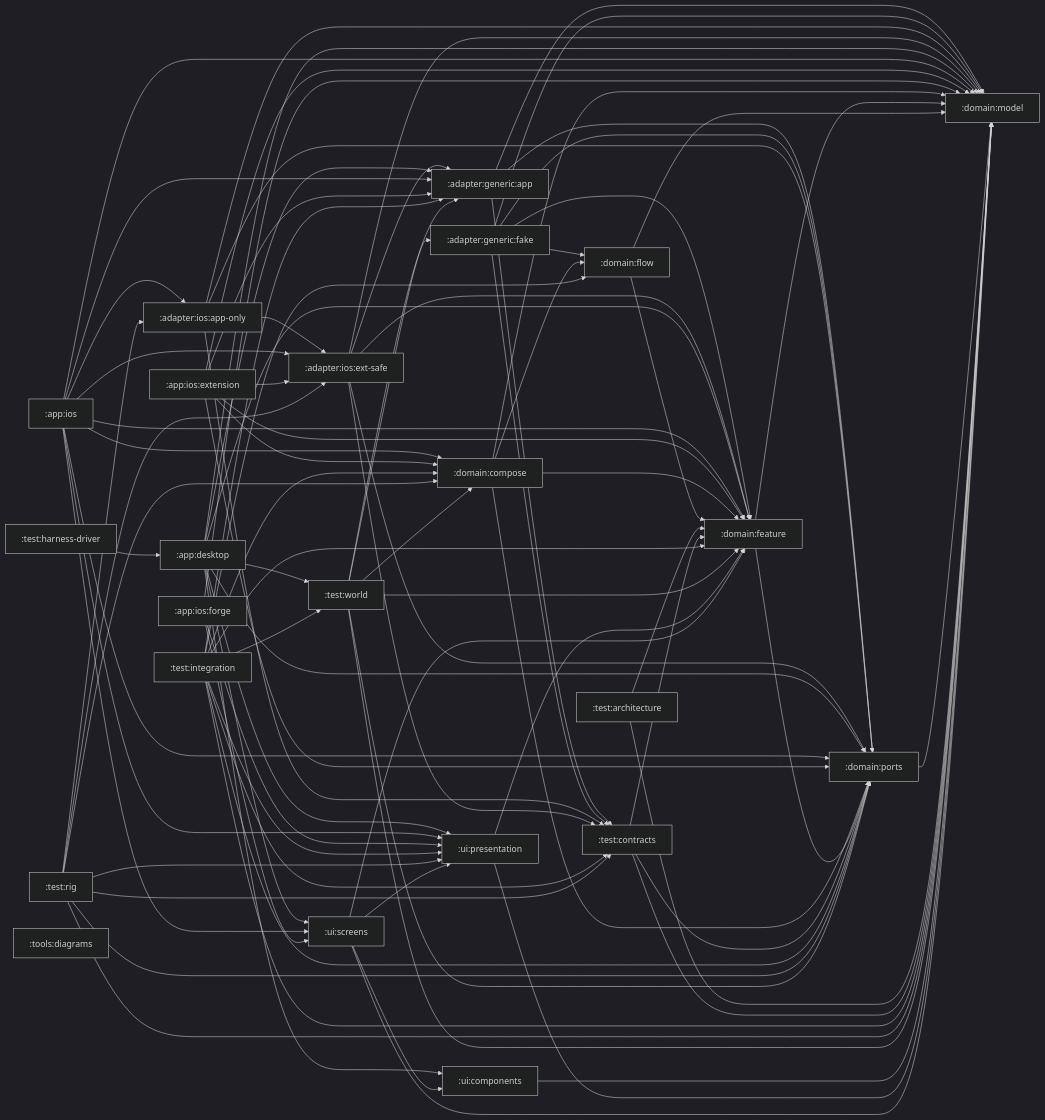
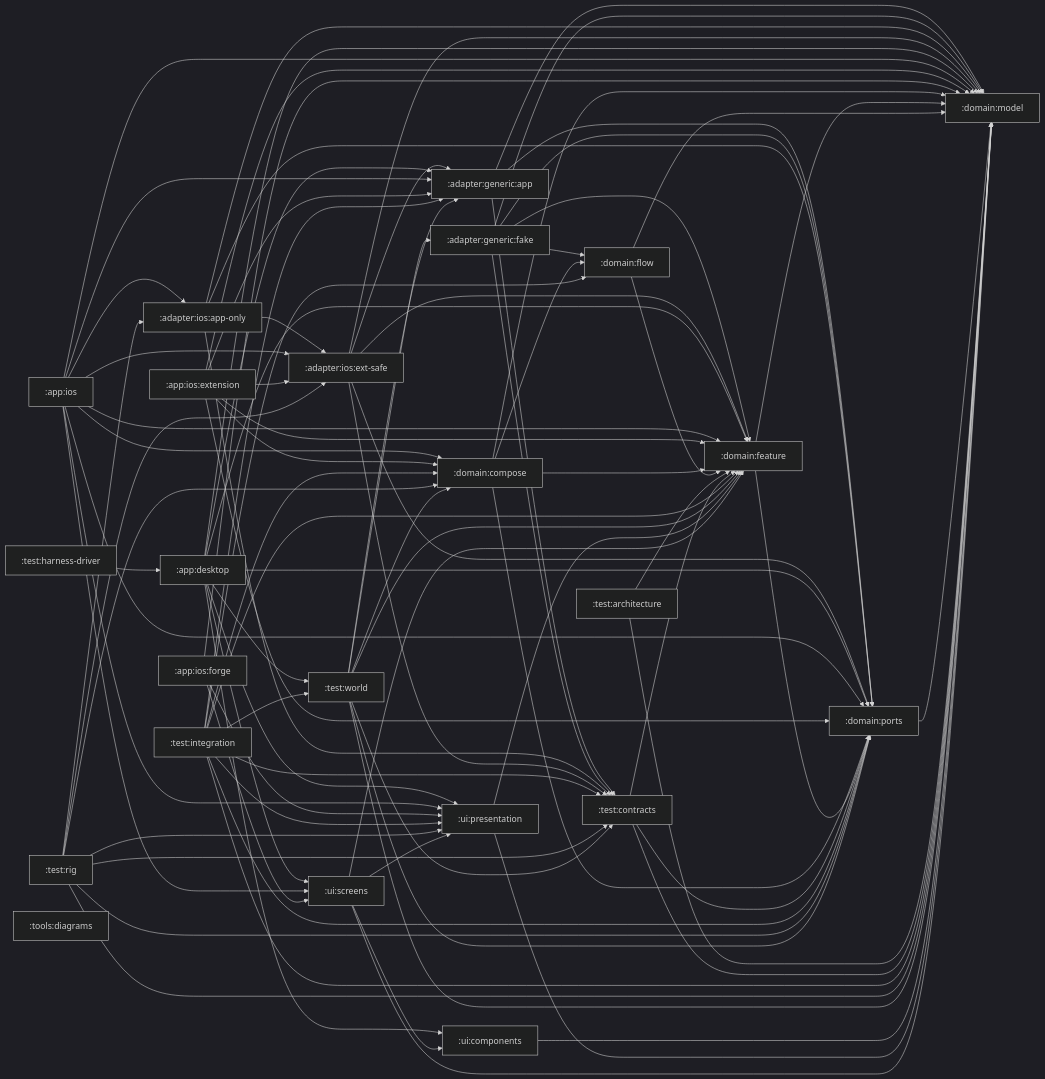
The diagram in architecture/modules.md (stefanhoelzl/SnapSync), drawn with Mermaid (dark theme) before and after one commit. The commit also changed 35 other files, not shown here.

```diff
--- a/architecture/modules.md
+++ b/architecture/modules.md
@@ -112,6 +112,7 @@
   test_world --> domain_feature
   test_world --> domain_model
   test_world --> domain_ports
+  test_world --> test_contracts
   ui_components --> domain_model
   ui_presentation --> domain_feature
   ui_presentation --> domain_model
```
